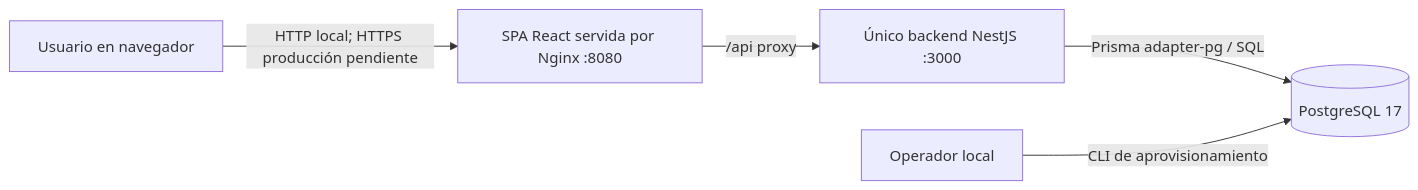
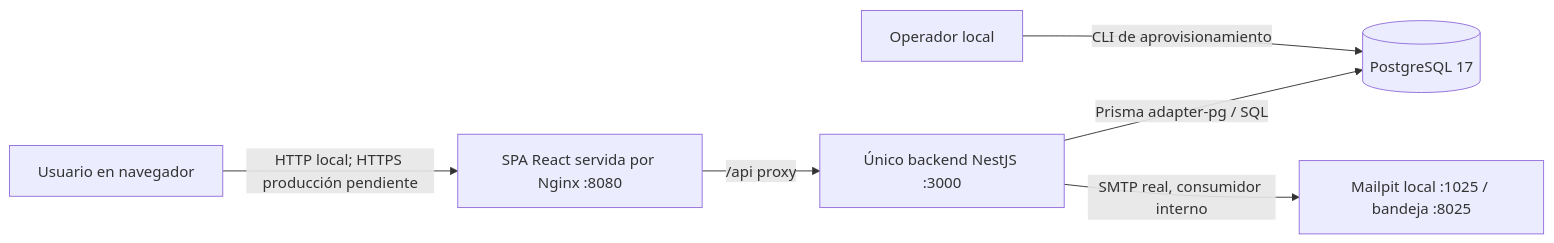
Before and after one commit to Leonardo213-pe/Edu_track: the second of 4 diagrams in docs/diagrams/C4.md, drawn with Mermaid. The commit also changed other lines of this file and 55 other files, not shown here.

````diff
--- a/docs/diagrams/C4.md
+++ b/docs/diagrams/C4.md
@@ -21,7 +21,8 @@
 ```mermaid
 flowchart LR
   U[Usuario en navegador] -->|HTTP local; HTTPS producción pendiente| W[SPA React servida por Nginx :8080]
   W -->|/api proxy| B[Único backend NestJS :3000]
   B -->|Prisma adapter-pg / SQL| DB[(PostgreSQL 17)]
+  B -->|SMTP real, consumidor interno| SMTP[Mailpit local :1025 / bandeja :8025]
   O[Operador local] -->|CLI de aprovisionamiento| DB
 ```
````
